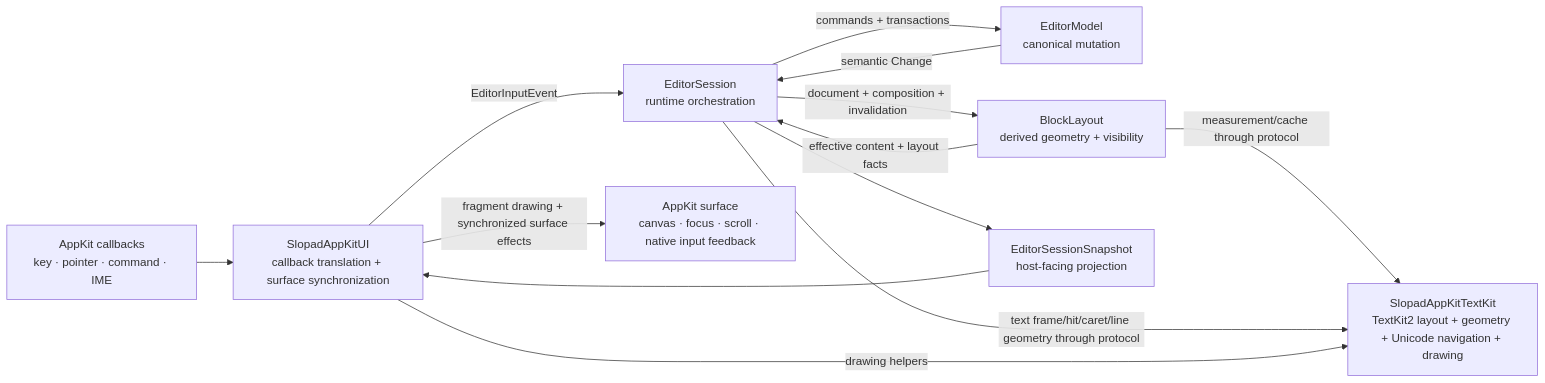
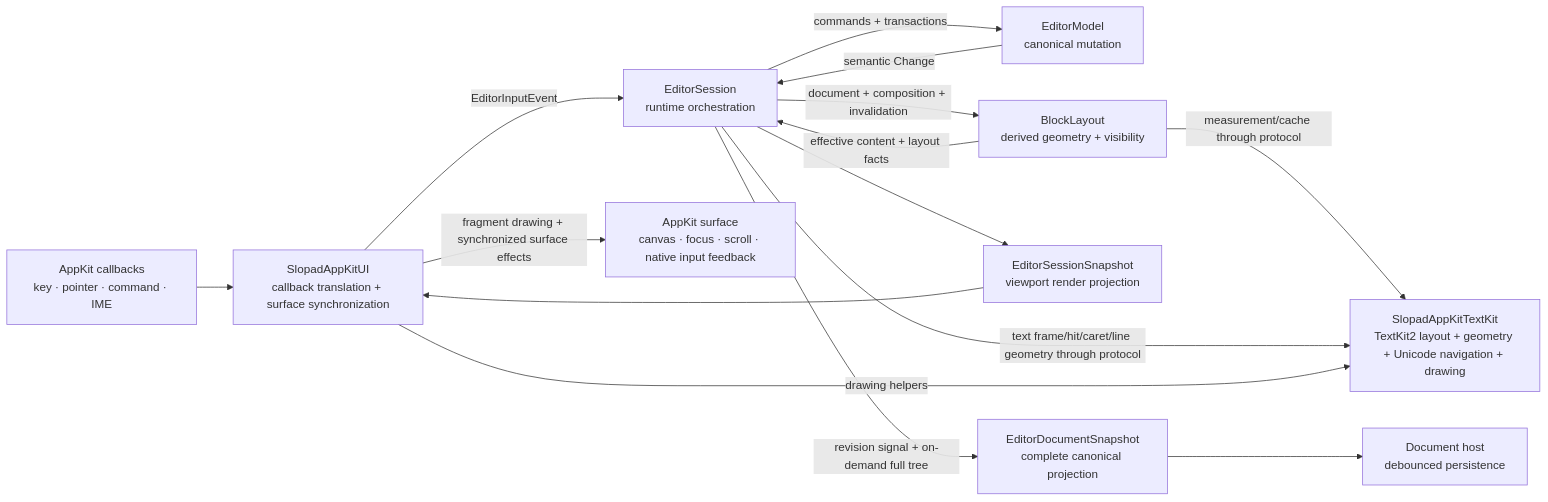
Before and after one commit to hot666666/Slopad: the second of 3 diagrams in docs/ARCHITECTURE.md, drawn with Mermaid. The commit also changed other lines of this file and 19 other files, not shown here.

````diff
--- a/docs/ARCHITECTURE.md
+++ b/docs/ARCHITECTURE.md
@@ -68,24 +68,28 @@
 ```mermaid
 flowchart LR
     OS["AppKit callbacks<br/>key · pointer · command · IME"]
     UI["SlopadAppKitUI<br/>callback translation + surface synchronization"]
     Session["EditorSession<br/>runtime orchestration"]
     Model["EditorModel<br/>canonical mutation"]
     Layout["BlockLayout<br/>derived geometry + visibility"]
     Backend["SlopadAppKitTextKit<br/>TextKit2 layout + geometry + Unicode navigation + drawing"]
-    Snapshot["EditorSessionSnapshot<br/>host-facing projection"]
+    RenderSnapshot["EditorSessionSnapshot<br/>viewport render projection"]
+    DocumentSnapshot["EditorDocumentSnapshot<br/>complete canonical projection"]
     Surface["AppKit surface<br/>canvas · focus · scroll · native input feedback"]
+    DocumentHost["Document host<br/>debounced persistence"]
 
     OS --> UI
     UI -->|"EditorInputEvent"| Session
     Session -->|"commands + transactions"| Model
     Model -->|"semantic Change"| Session
     Session -->|"document + composition + invalidation"| Layout
     Layout -->|"effective content + layout facts"| Session
     Layout -->|"measurement/cache through protocol"| Backend
     Session -->|"text frame/hit/caret/line geometry through protocol"| Backend
-    Session --> Snapshot
-    Snapshot --> UI
+    Session --> RenderSnapshot
+    RenderSnapshot --> UI
+    Session -->|"revision signal + on-demand full tree"| DocumentSnapshot
+    DocumentSnapshot --> DocumentHost
     UI -->|"fragment drawing + synchronized surface effects"| Surface
     UI -->|"drawing helpers"| Backend
 ```
````
